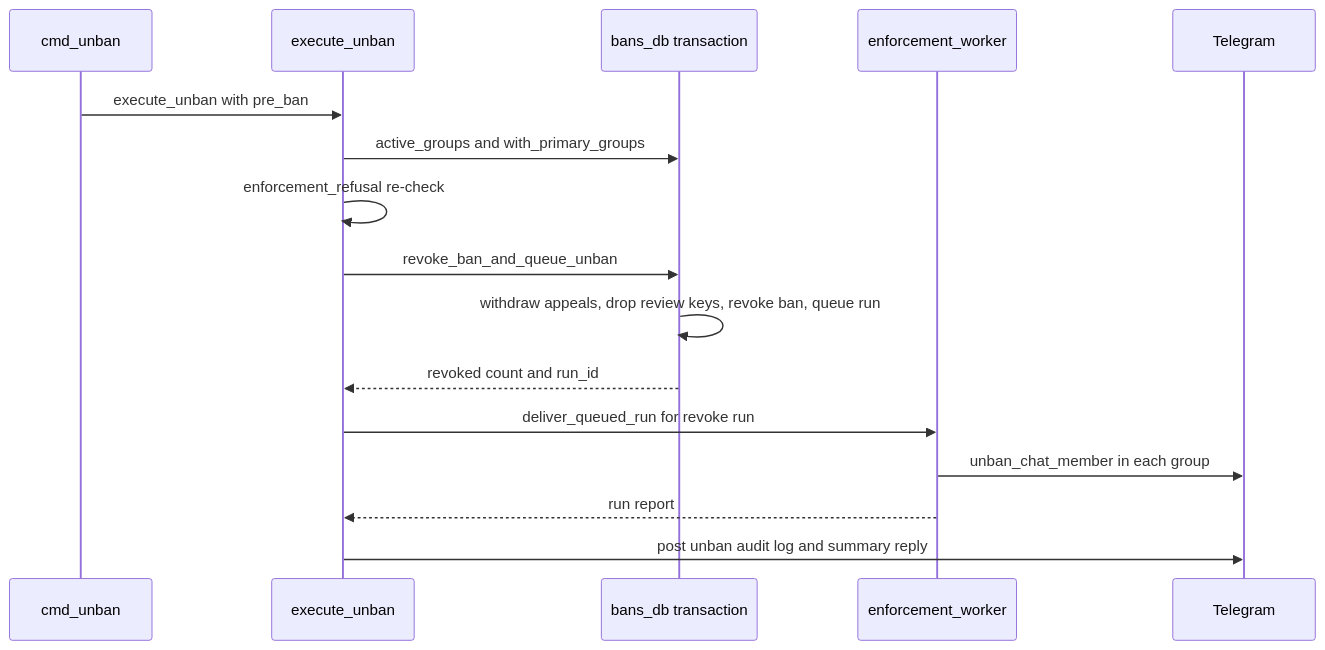
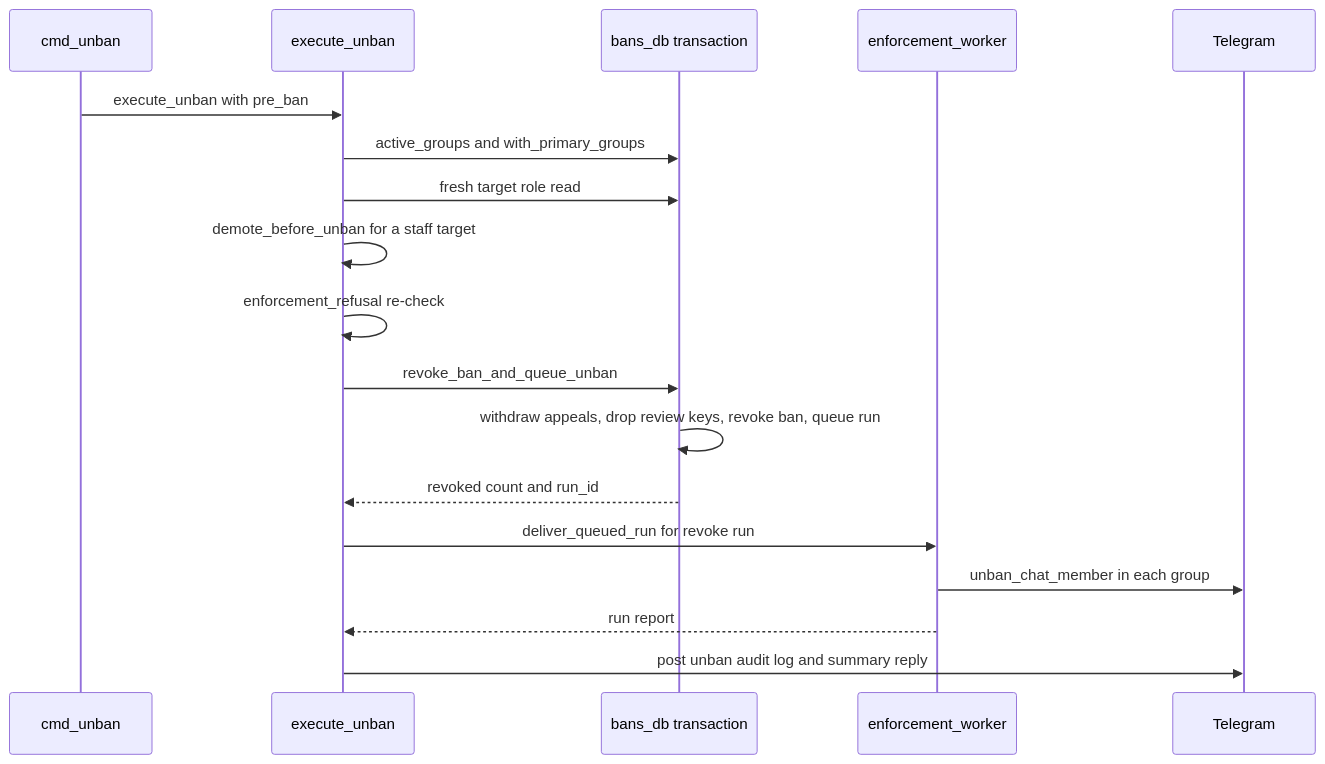
Before and after one commit to D1ZZY4/tcbot: the second of 4 diagrams in docs/flows/unbanning.md, drawn with Mermaid. The commit also changed other lines of this file and 3 other files, not shown here.

First line of the commit message:
fix(unban): re-check the target role before revoking the ban

````diff
--- a/docs/flows/unbanning.md
+++ b/docs/flows/unbanning.md
@@ -79,18 +85,20 @@
 ```mermaid
 sequenceDiagram
     participant Cmd as cmd_unban
     participant Flow as execute_unban
     participant DB as bans_db transaction
     participant Work as enforcement_worker
     participant Bot as Telegram
     Cmd->>Flow: execute_unban with pre_ban
     Flow->>DB: active_groups and with_primary_groups
+    Flow->>DB: fresh target role read
+    Flow->>Flow: demote_before_unban for a staff target
     Flow->>Flow: enforcement_refusal re-check
     Flow->>DB: revoke_ban_and_queue_unban
     DB->>DB: withdraw appeals, drop review keys, revoke ban, queue run
     DB-->>Flow: revoked count and run_id
     Flow->>Work: deliver_queued_run for revoke run
     Work->>Bot: unban_chat_member in each group
     Work-->>Flow: run report
     Flow->>Bot: post unban audit log and summary reply
 ```
````
